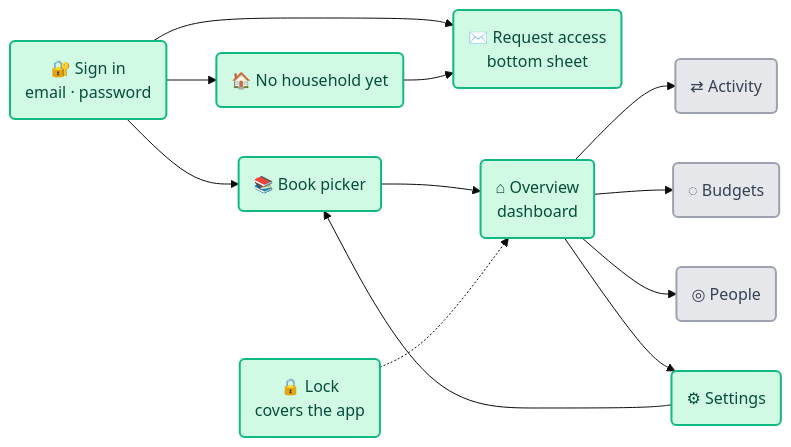
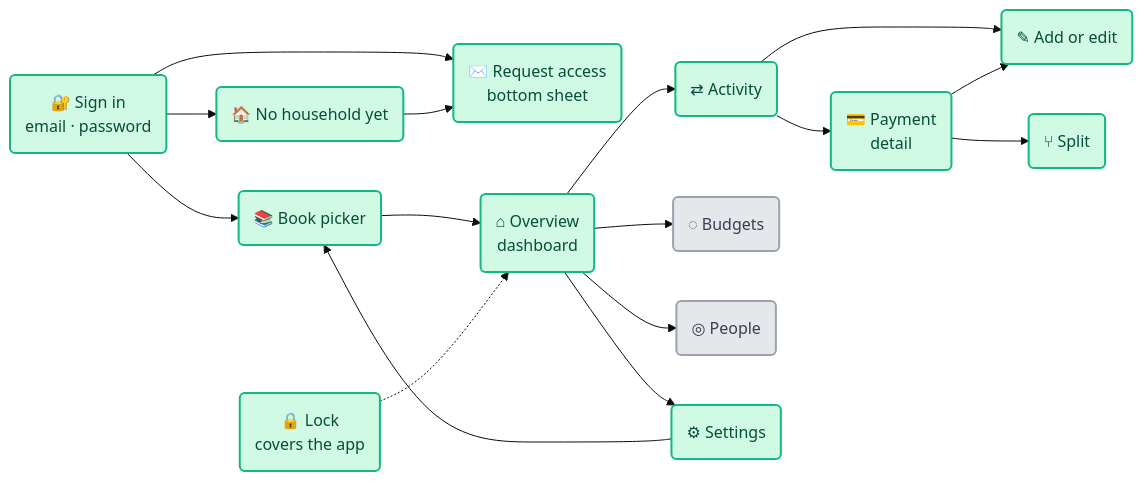
The diagram in Mobile App/docs/design.md (EasyLance/paisa), drawn with Mermaid (base theme) before and after one commit. The commit also changed other lines of this file and 42 other files, not shown here.

````diff
--- a/Mobile App/docs/design.md
+++ b/Mobile App/docs/design.md
@@ -118,30 +118,37 @@
 ```mermaid
 flowchart LR
     SI("🔐 Sign in<br/>email · password")
     RA("✉️ Request access<br/>bottom sheet")
     NH("🏠 No household yet")
     BP("📚 Book picker")
     O("⌂ Overview<br/>dashboard")
     A("⇄ Activity")
+    D("💳 Payment<br/>detail")
+    F("✎ Add or edit")
+    SP("⑂ Split")
     B("◌ Budgets")
     P("◎ People")
     S("⚙ Settings")
     L("🔒 Lock<br/>covers the app")
 
     SI --> RA
     SI --> BP
     SI --> NH
     NH --> RA
     BP --> O
     O --> A
+    A --> D
+    A --> F
+    D --> F
+    D --> SP
     O --> B
     O --> P
     O --> S
     S --> BP
     L -.-> O
 
     classDef built fill:#d1fae5,stroke:#10b981,stroke-width:2px,color:#064e3b
     classDef todo fill:#e5e7eb,stroke:#9ca3af,stroke-width:2px,color:#374151
-    class SI,RA,NH,BP,O,S,L built
-    class A,B,P todo
+    class SI,RA,NH,BP,O,S,L,A,D,F,SP built
+    class B,P todo
 ```
````
